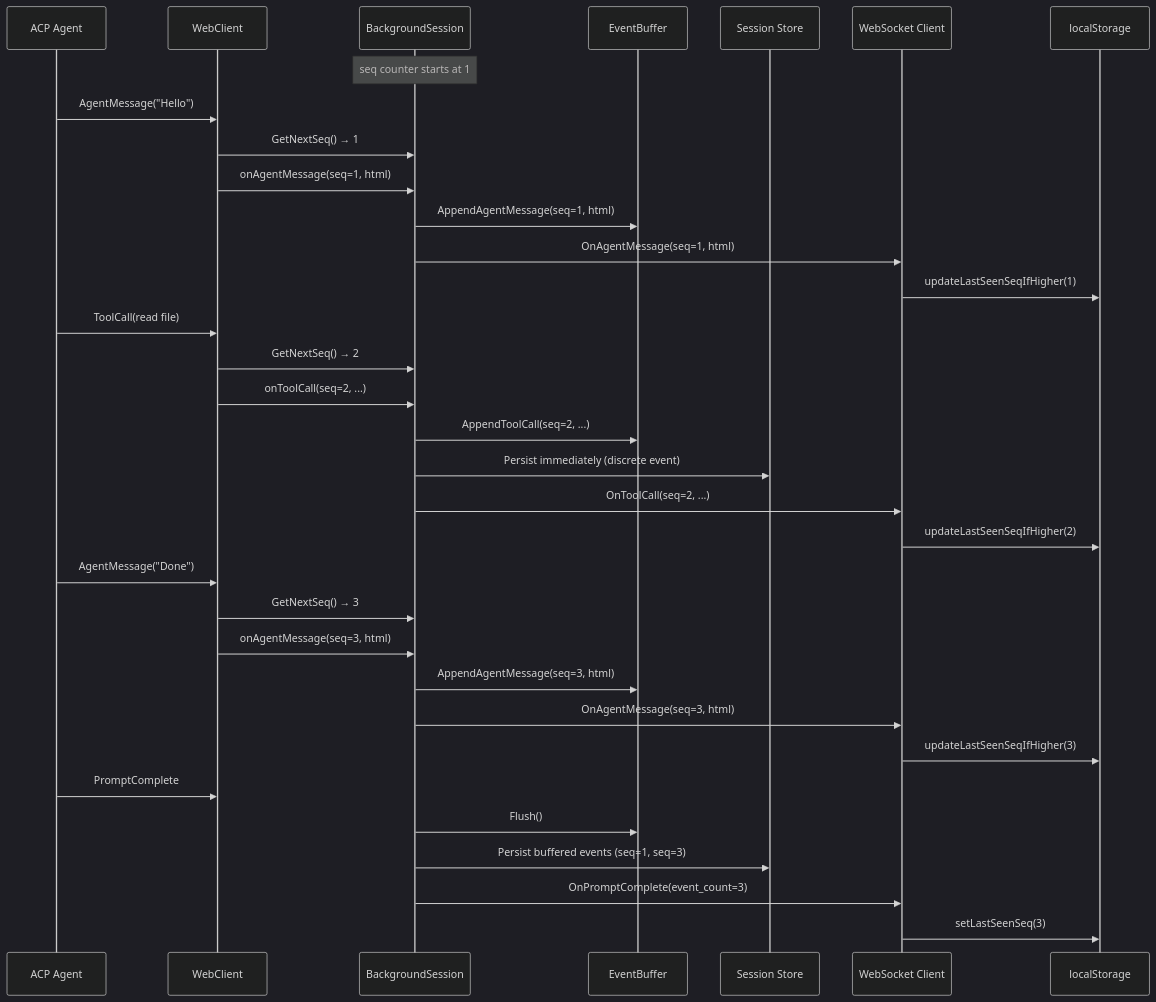
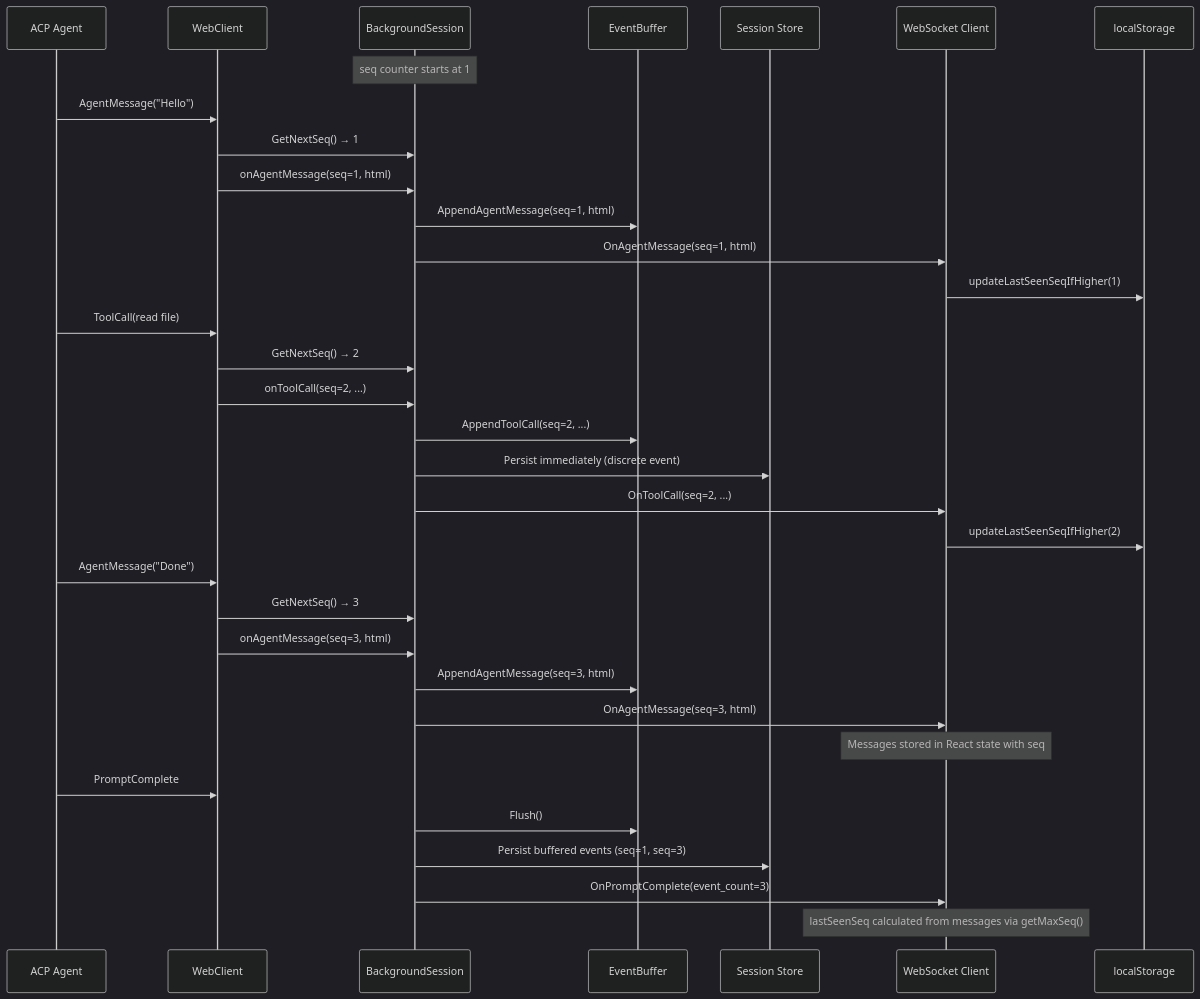
One commit to inercia/mitto changed the sixth of 27 diagrams in docs/devel/websocket-messaging.md. Above: the diagram before and after it, drawn with Mermaid (dark theme). The commit also changed other lines of this file and 17 other files, not shown here.

````diff
--- a/docs/devel/websocket-messaging.md
+++ b/docs/devel/websocket-messaging.md
@@ -241,40 +445,40 @@
 ```mermaid
 sequenceDiagram
     participant ACP as ACP Agent
     participant WC as WebClient
     participant BS as BackgroundSession
     participant Buffer as EventBuffer
     participant Store as Session Store
     participant WS as WebSocket Client
     participant LS as localStorage
 
     Note over BS: seq counter starts at 1
 
     ACP->>WC: AgentMessage("Hello")
     WC->>BS: GetNextSeq() → 1
     WC->>BS: onAgentMessage(seq=1, html)
     BS->>Buffer: AppendAgentMessage(seq=1, html)
     BS->>WS: OnAgentMessage(seq=1, html)
     WS->>LS: updateLastSeenSeqIfHigher(1)
 
     ACP->>WC: ToolCall(read file)
     WC->>BS: GetNextSeq() → 2
     WC->>BS: onToolCall(seq=2, ...)
     BS->>Buffer: AppendToolCall(seq=2, ...)
     BS->>Store: Persist immediately (discrete event)
     BS->>WS: OnToolCall(seq=2, ...)
     WS->>LS: updateLastSeenSeqIfHigher(2)
 
     ACP->>WC: AgentMessage("Done")
     WC->>BS: GetNextSeq() → 3
     WC->>BS: onAgentMessage(seq=3, html)
     BS->>Buffer: AppendAgentMessage(seq=3, html)
     BS->>WS: OnAgentMessage(seq=3, html)
-    WS->>LS: updateLastSeenSeqIfHigher(3)
+    Note over WS: Messages stored in React state with seq
 
     ACP->>WC: PromptComplete
     BS->>Buffer: Flush()
     BS->>Store: Persist buffered events (seq=1, seq=3)
     BS->>WS: OnPromptComplete(event_count=3)
-    WS->>LS: setLastSeenSeq(3)
+    Note over WS: lastSeenSeq calculated from messages via getMaxSeq()
 ```
````
